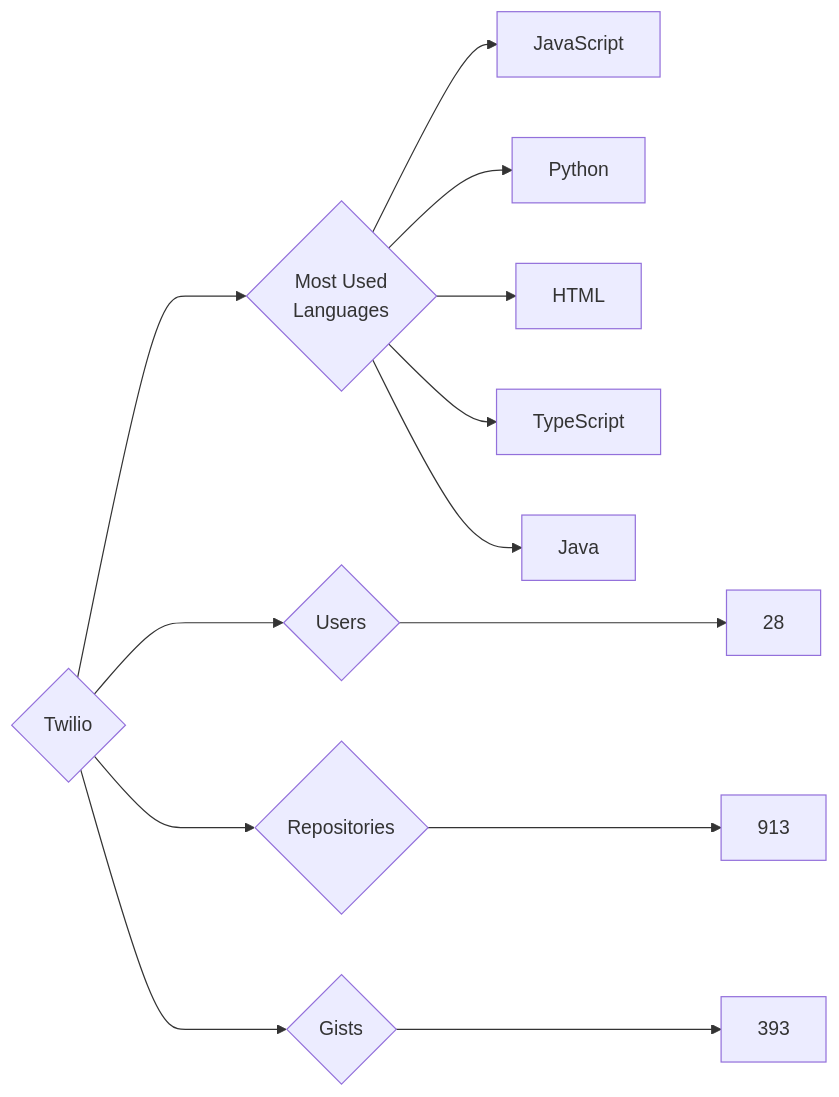
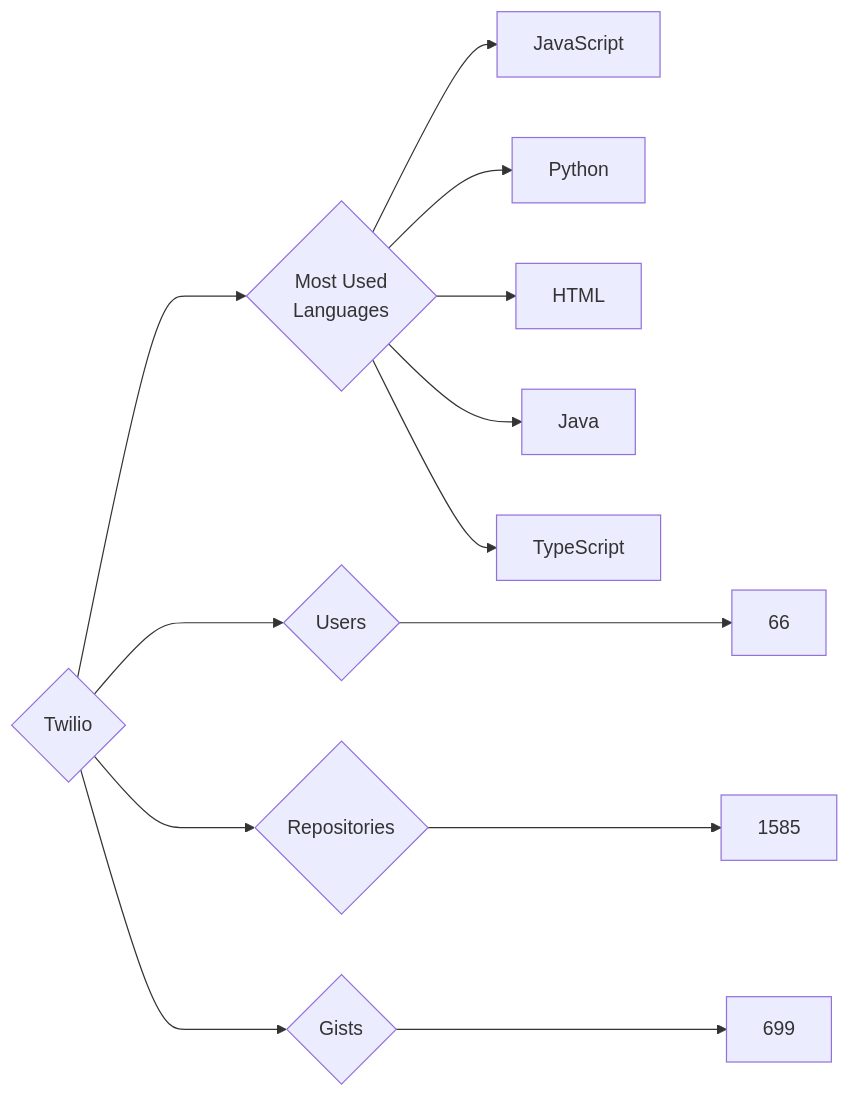
The diagram in targets/Twilio/README.md (trickest/insiders), drawn with Mermaid before and after one commit. The commit also changed 973 other files, not shown here.

````diff
--- a/targets/Twilio/README.md
+++ b/targets/Twilio/README.md
@@ -3,13 +3,13 @@
 ```mermaid
 graph LR
 COMPANY_NAME{Twilio}
-COMPANY_NAME ---> U{Users} ---> UN[28]
-COMPANY_NAME ---> R{Repositories} ---> RN[913]
-COMPANY_NAME ---> G{Gists} ---> GN[393]
+COMPANY_NAME ---> U{Users} ---> UN[66]
+COMPANY_NAME ---> R{Repositories} ---> RN[1585]
+COMPANY_NAME ---> G{Gists} ---> GN[699]
 COMPANY_NAME ---> ML{Most Used<br>Languages}
 ML --> JavaScript[JavaScript]
 ML --> Python[Python]
 ML --> HTML[HTML]
+ML --> Java[Java]
 ML --> TypeScript[TypeScript]
-ML --> Java[Java]
 ```
````
